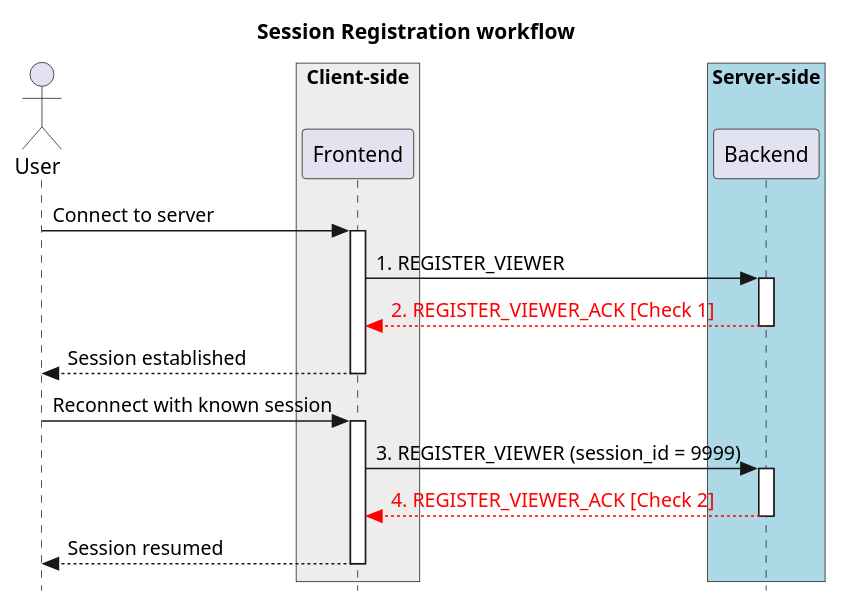
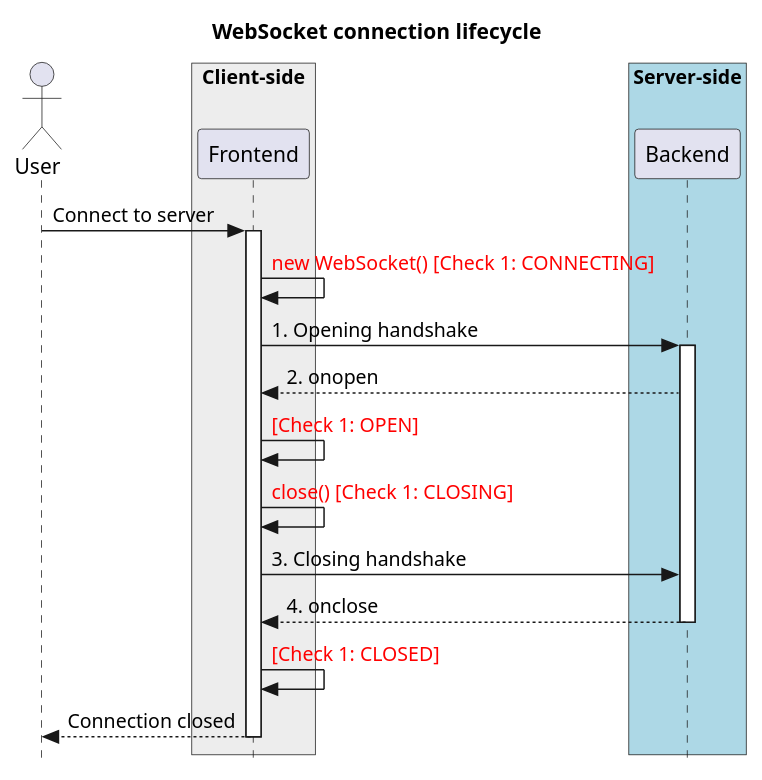
Before and after one commit to CARTAvis/ICD-RxJS: the diagram in docs/source/access_websocket.rst, drawn with PlantUML. The commit also changed other lines of this file and 10 other files, not shown here.

```diff
--- a/docs/source/access_websocket.rst
+++ b/docs/source/access_websocket.rst
@@ -4,33 +4,30 @@
 .. uml::
 
     skinparam style strictuml
     hide footbox
-    title Session Registration workflow
+    title WebSocket connection lifecycle
 
     actor User
 
     box "Client-side" #EDEDED
             participant Frontend
     end box
 
     box "Server-side" #lightblue
         participant Backend
     end box
 
     User -> Frontend: Connect to server
     activate Frontend
-    Frontend -> Backend : 1. REGISTER_VIEWER
+    Frontend -> Frontend: <font color="red">new WebSocket() [Check 1: CONNECTING]</font>
+    Frontend -> Backend : 1. Opening handshake
     activate Backend
-    Frontend <--[#red] Backend : <font color="red">2. REGISTER_VIEWER_ACK [Check 1]</font>
+    Frontend <-- Backend : 2. onopen
+    Frontend -> Frontend: <font color="red">[Check 1: OPEN]</font>
+    Frontend -> Frontend: <font color="red">close() [Check 1: CLOSING]</font>
+    Frontend -> Backend : 3. Closing handshake
+    Frontend <-- Backend : 4. onclose
     deactivate Backend
-    User <-- Frontend: Session established
+    Frontend -> Frontend: <font color="red">[Check 1: CLOSED]</font>
+    User <-- Frontend: Connection closed
     deactivate Frontend
-
-    User -> Frontend: Reconnect with known session
-    activate Frontend
-    Frontend -> Backend : 3. REGISTER_VIEWER (session_id = 9999)
-    activate Backend
-    Frontend <--[#red] Backend : <font color="red">4. REGISTER_VIEWER_ACK [Check 2]</font>
-    deactivate Backend
-    User <-- Frontend: Session resumed
-    deactivate Frontend
```
